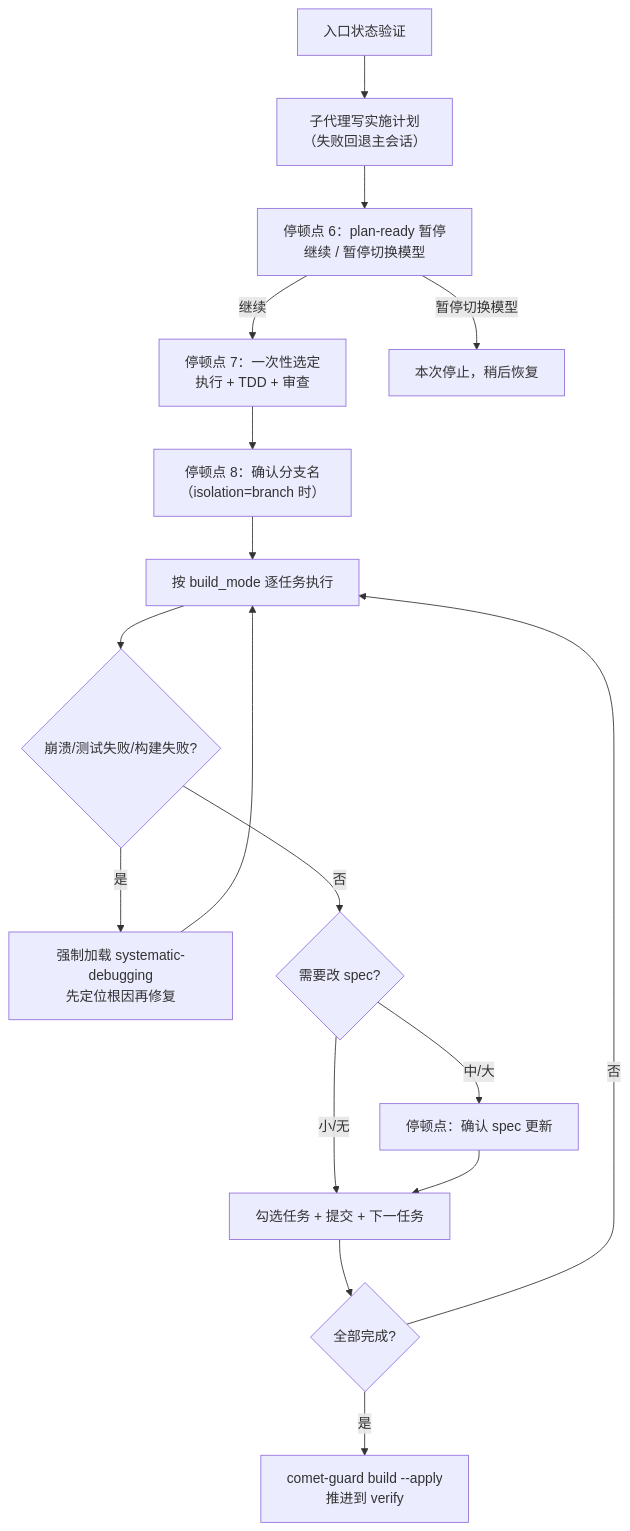
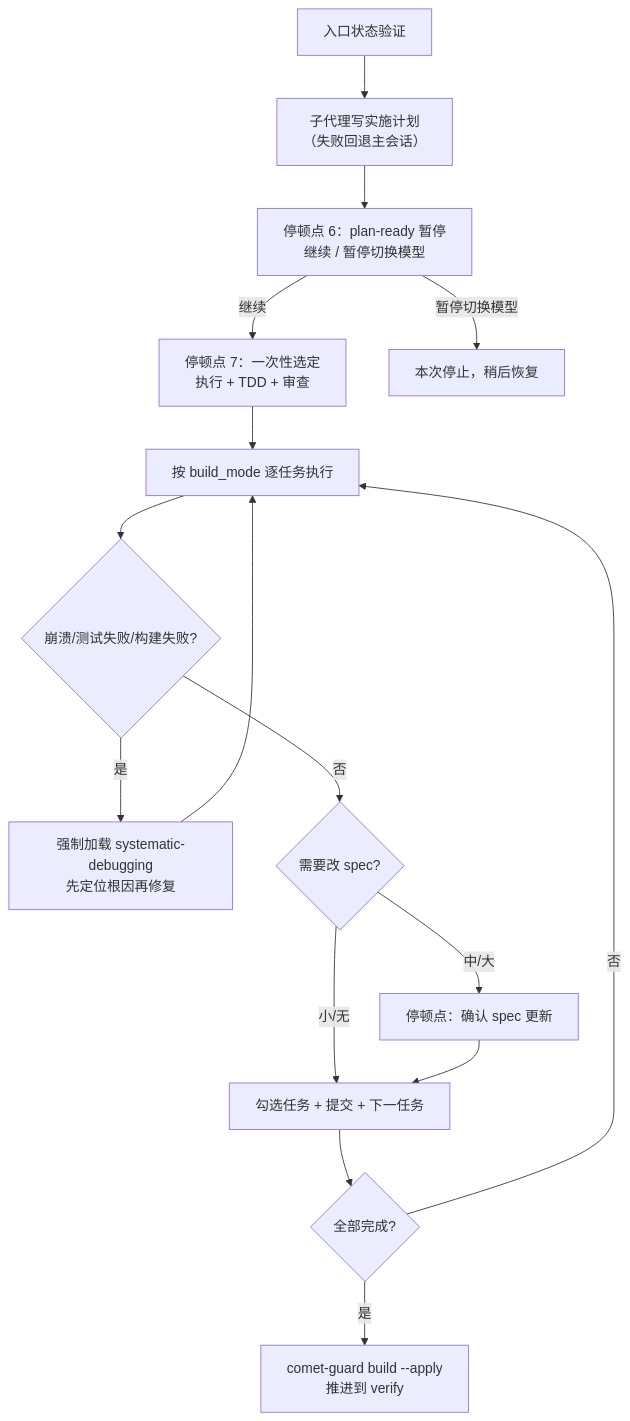
Before and after one commit to rpamis/comet-website-docs: the diagram in zh/phases/build.mdx, drawn with Mermaid. The commit also changed other lines of this file and 74 other files, not shown here.

````diff
--- a/zh/phases/build.mdx
+++ b/zh/phases/build.mdx
@@ -38,19 +38,18 @@
 ```mermaid
 flowchart TD
     Entry["入口状态验证"] --> S1["子代理写实施计划<br/>（失败回退主会话）"]
     S1 --> Stop2["停顿点 6：plan-ready 暂停<br/>继续 / 暂停切换模型"]
     Stop2 -->|继续| Stop3["停顿点 7：一次性选定<br/>执行 + TDD + 审查"]
     Stop2 -->|暂停切换模型| PauseDone["本次停止，稍后恢复"]
-    Stop3 --> StopBranch["停顿点 8：确认分支名<br/>（isolation=branch 时）"]
-    StopBranch --> Exec["按 build_mode 逐任务执行"]
+    Stop3 --> Exec["按 build_mode 逐任务执行"]
     Exec --> Debug{"崩溃/测试失败/构建失败?"}
     Debug -->|是| DebugGate["强制加载 systematic-debugging<br/>先定位根因再修复"]
     DebugGate --> Exec
     Debug -->|否| SpecUpd{"需要改 spec?"}
     SpecUpd -->|中/大| SpecPause["停顿点：确认 spec 更新"]
     SpecUpd -->|小/无| TaskLoop["勾选任务 + 提交 + 下一任务"]
     SpecPause --> TaskLoop
     TaskLoop --> Done{"全部完成?"}
     Done -->|否| Exec
     Done -->|是| Exit["comet-guard build --apply<br/>推进到 verify"]
 ```
````
